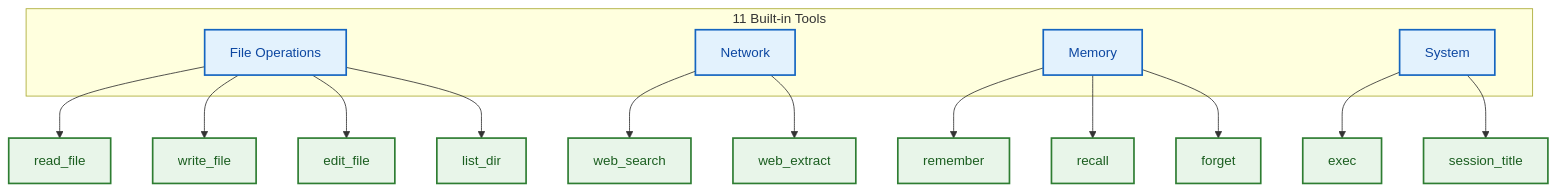
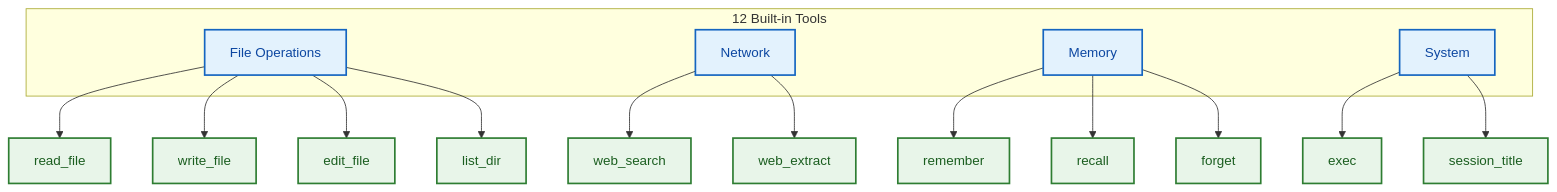
The second of 2 diagrams in docs/en-US/guide/usage.md (xt765/FinchBot), drawn with Mermaid before and after one commit. The commit also changed other lines of this file and 10 other files, not shown here.

````diff
--- a/docs/en-US/guide/usage.md
+++ b/docs/en-US/guide/usage.md
@@ -302,27 +249,27 @@
 ```mermaid
 flowchart TB
     classDef category fill:#e3f2fd,stroke:#1565c0,stroke-width:2px,color:#0d47a1;
     classDef tool fill:#e8f5e9,stroke:#2e7d32,stroke-width:2px,color:#1b5e20;
 
-    subgraph Tools [11 Built-in Tools]
+    subgraph Tools [12 Built-in Tools]
         File[File Operations]:::category
         Web[Network]:::category
         Memory[Memory]:::category
         System[System]:::category
     end
 
     File --> F1[read_file]:::tool
     File --> F2[write_file]:::tool
     File --> F3[edit_file]:::tool
     File --> F4[list_dir]:::tool
 
     Web --> W1[web_search]:::tool
     Web --> W2[web_extract]:::tool
 
     Memory --> M1[remember]:::tool
     Memory --> M2[recall]:::tool
     Memory --> M3[forget]:::tool
 
     System --> S1[exec]:::tool
     System --> S2[session_title]:::tool
 ```
````
